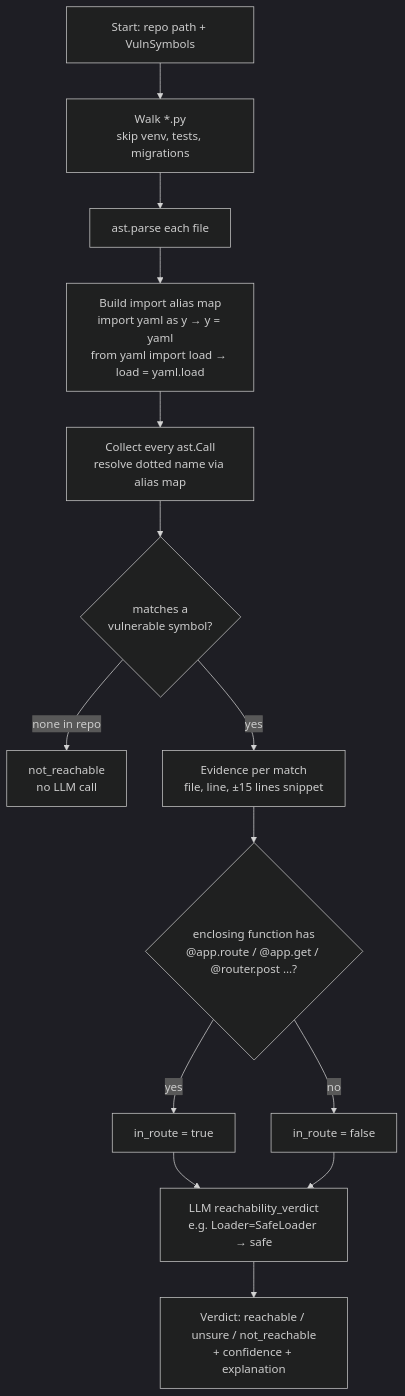
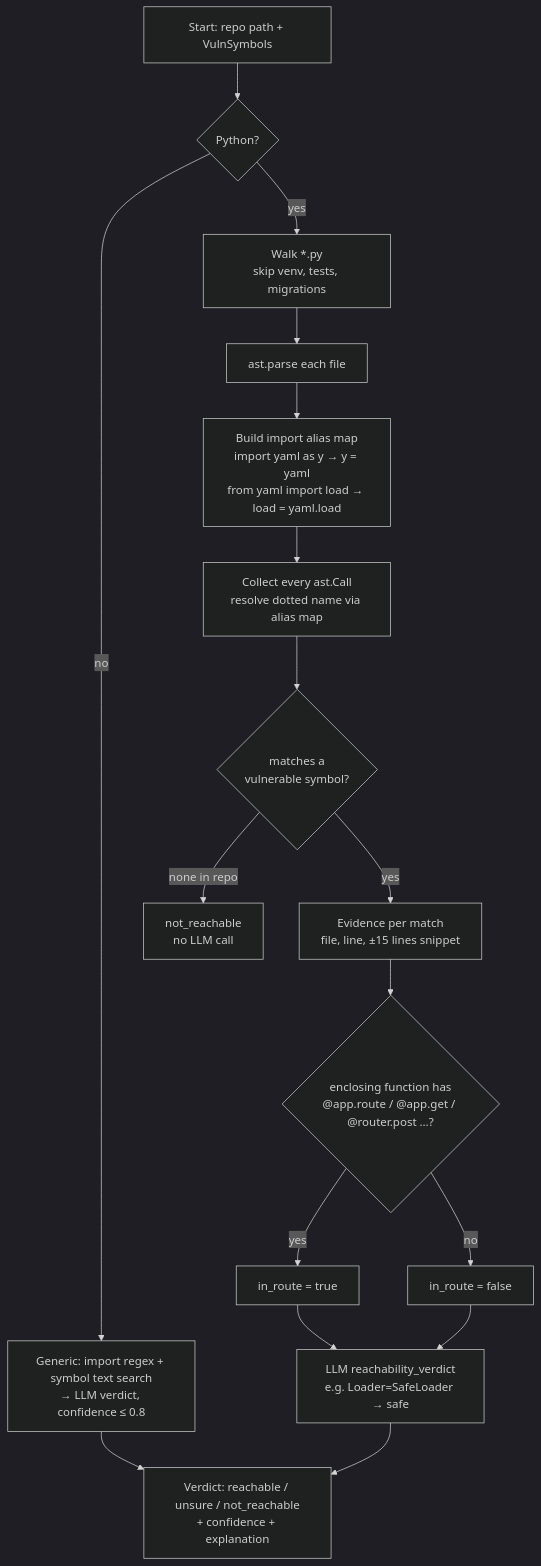
The sixth of 11 diagrams in docs/DIAGRAMS.md (BommepalliRoop/patchpilot-dryrun), drawn with Mermaid (dark theme) before and after one commit. The commit also changed other lines of this file and 26 other files, not shown here.

````diff
--- a/docs/DIAGRAMS.md
+++ b/docs/DIAGRAMS.md
@@ -229,16 +230,21 @@
 ```mermaid
 flowchart TD
-    S[Start: repo path + VulnSymbols] --> W[Walk *.py<br/>skip venv, tests, migrations]
+    S[Start: repo path + VulnSymbols]
+    W[Walk *.py<br/>skip venv, tests, migrations]
+    S --> LANG{Python?}
+    LANG -- no --> GEN[Generic: import regex + symbol text search<br/>→ LLM verdict, confidence ≤ 0.8]
+    GEN --> O
+    LANG -- yes --> W
     W --> P[ast.parse each file]
     P --> M[Build import alias map<br/>import yaml as y → y = yaml<br/>from yaml import load → load = yaml.load]
     M --> C[Collect every ast.Call<br/>resolve dotted name via alias map]
     C --> X{matches a<br/>vulnerable symbol?}
     X -- none in repo --> NR[not_reachable<br/>no LLM call]
     X -- yes --> E[Evidence per match<br/>file, line, ±15 lines snippet]
     E --> R{enclosing function has<br/>@app.route / @app.get / @router.post …?}
     R -- yes --> IR[in_route = true]
     R -- no --> NIR[in_route = false]
     IR --> V[LLM reachability_verdict<br/>e.g. Loader=SafeLoader → safe]
     NIR --> V
     V --> O[Verdict: reachable / unsure / not_reachable<br/>+ confidence + explanation]
 ```
````
